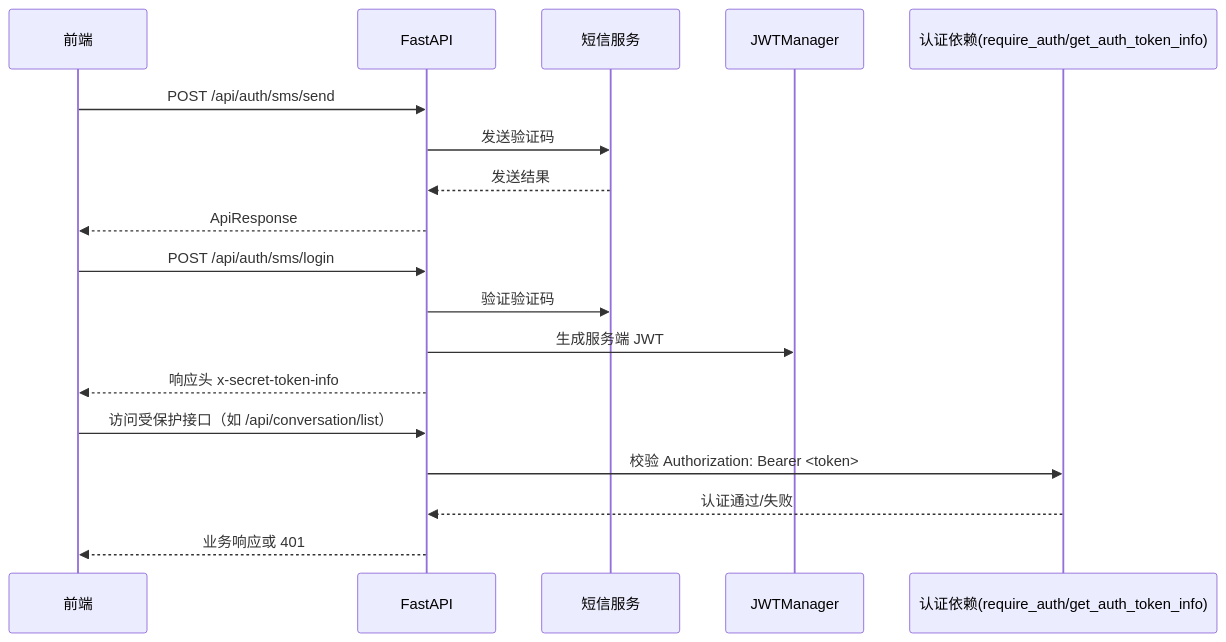
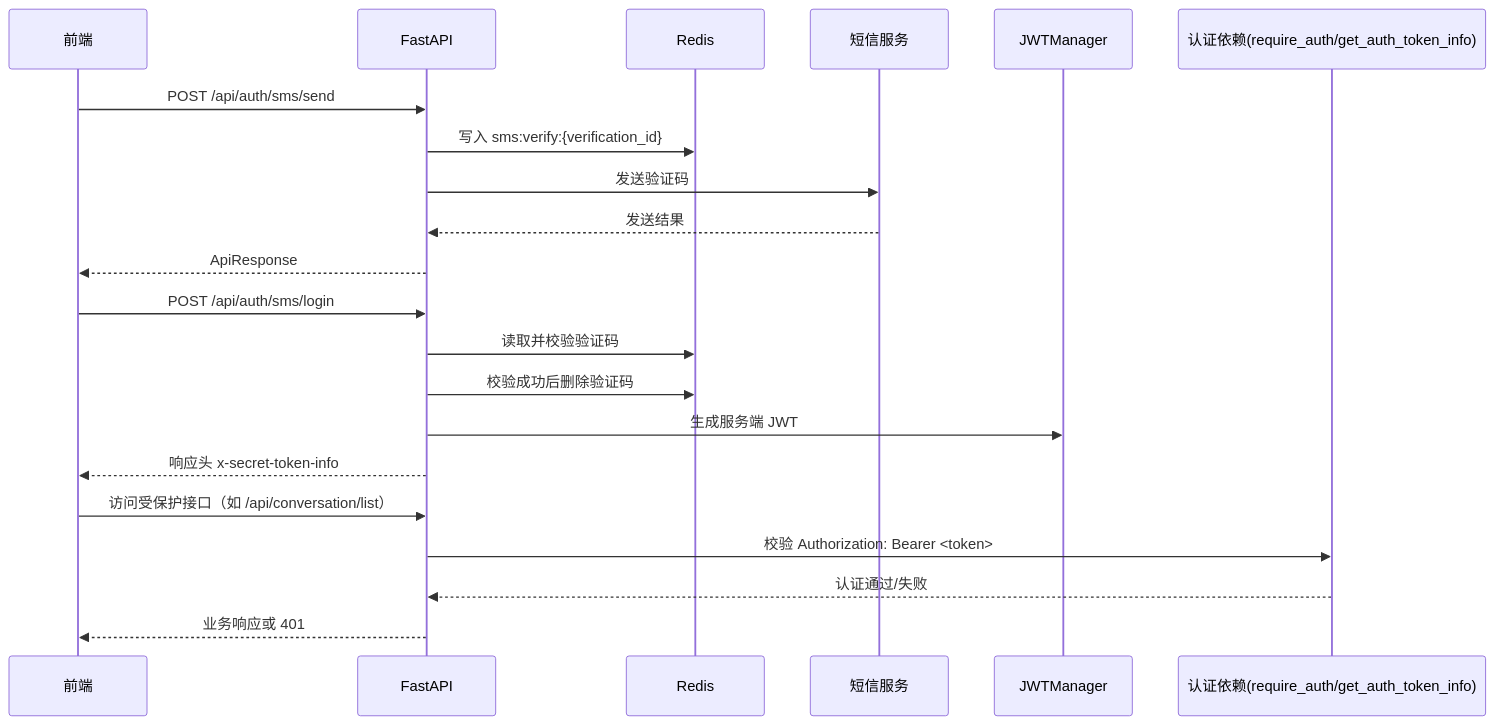
The second of 2 diagrams in docs/认证流程.md (wuhonglei/chat-agent), drawn with Mermaid before and after one commit. The commit also changed other lines of this file and 2 other files, not shown here.

````diff
--- a/docs/认证流程.md
+++ b/docs/认证流程.md
@@ -44,23 +44,26 @@
 ```mermaid
 sequenceDiagram
     participant FE as 前端
     participant API as FastAPI
+    participant Redis as Redis
     participant SMS as 短信服务
     participant JWT as JWTManager
     participant MW as 认证依赖(require_auth/get_auth_token_info)
 
     FE->>API: POST /api/auth/sms/send
+    API->>Redis: 写入 sms:verify:{verification_id}
     API->>SMS: 发送验证码
     SMS-->>API: 发送结果
     API-->>FE: ApiResponse
 
     FE->>API: POST /api/auth/sms/login
-    API->>SMS: 验证验证码
+    API->>Redis: 读取并校验验证码
+    API->>Redis: 校验成功后删除验证码
     API->>JWT: 生成服务端 JWT
     API-->>FE: 响应头 x-secret-token-info
 
     FE->>API: 访问受保护接口（如 /api/conversation/list）
     API->>MW: 校验 Authorization: Bearer <token>
     MW-->>API: 认证通过/失败
     API-->>FE: 业务响应或 401
 ```
````
